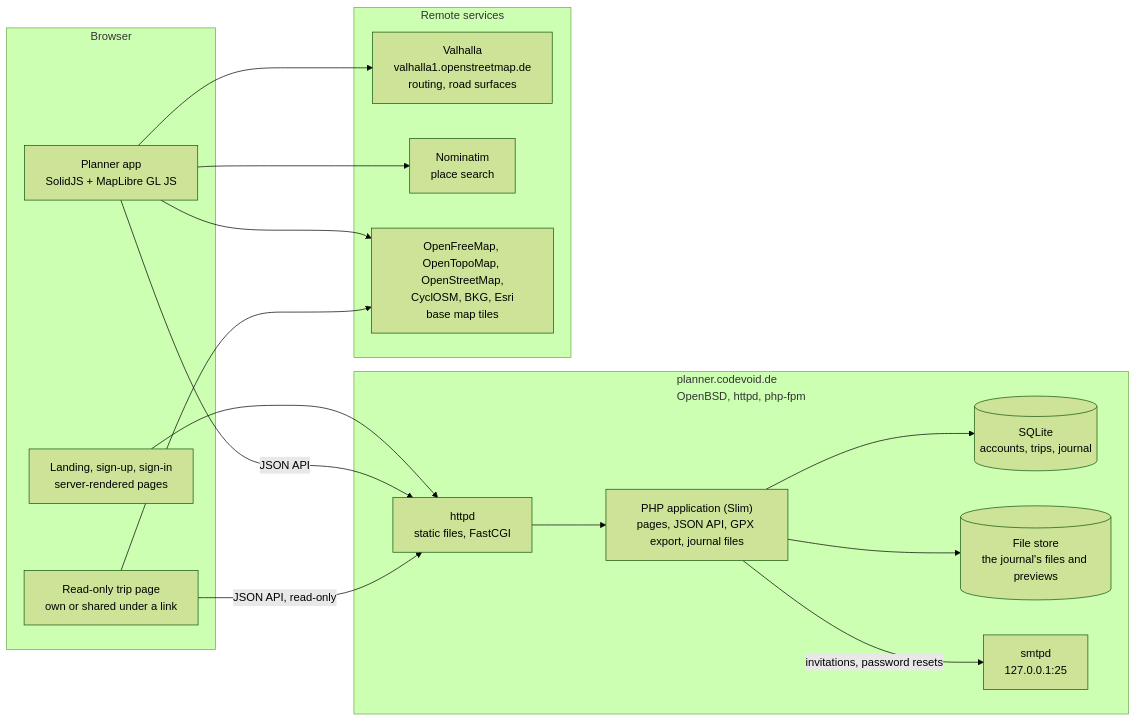
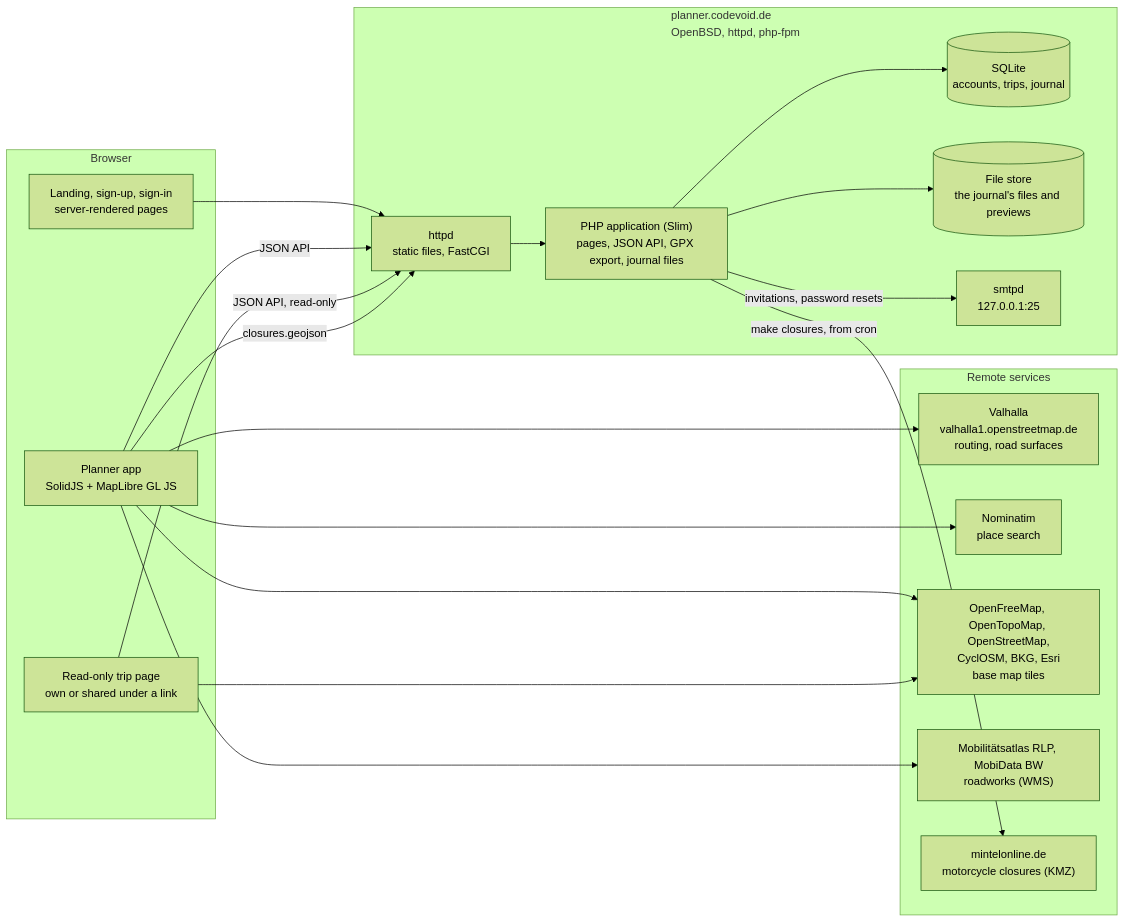
The first of 3 diagrams in .github/architecture.md (c0dev0id/TripPlanner), drawn with Mermaid (forest theme) before and after one commit. The commit also changed other lines of this file and 13 other files, not shown here.

First line of the commit message:
Add roadworks and motorcycle closures as overlays on the map

````diff
--- a/.github/architecture.md
+++ b/.github/architecture.md
@@ -8,31 +8,36 @@
 ```mermaid
 flowchart LR
   subgraph browser["Browser"]
     pages["Landing, sign-up, sign-in<br/>server-rendered pages"]
     app["Planner app<br/>SolidJS + MapLibre GL JS"]
     view["Read-only trip page<br/>own or shared under a link"]
   end
   subgraph server["planner.codevoid.de<br/>OpenBSD, httpd, php-fpm"]
     httpd["httpd<br/>static files, FastCGI"]
     php["PHP application (Slim)<br/>pages, JSON API, GPX export, journal files"]
     db[("SQLite<br/>accounts, trips, journal")]
     files[("File store<br/>the journal's files and previews")]
     smtpd["smtpd<br/>127.0.0.1:25"]
   end
   subgraph remote["Remote services"]
     valhalla["Valhalla<br/>valhalla1.openstreetmap.de<br/>routing, road surfaces"]
     nominatim["Nominatim<br/>place search"]
     tiles["OpenFreeMap, OpenTopoMap, OpenStreetMap,<br/>CyclOSM, BKG, Esri<br/>base map tiles"]
+    wms["Mobilitätsatlas RLP, MobiData BW<br/>roadworks (WMS)"]
+    closures["mintelonline.de<br/>motorcycle closures (KMZ)"]
   end
   pages --> httpd
   app -->|JSON API| httpd
   view -->|JSON API, read-only| httpd
   httpd --> php
   php --> db
   php --> files
   php -->|invitations, password resets| smtpd
   app --> valhalla
   app --> nominatim
   app --> tiles
+  app --> wms
+  php -->|make closures, from cron| closures
+  app -->|closures.geojson| httpd
   view --> tiles
 ```
````
